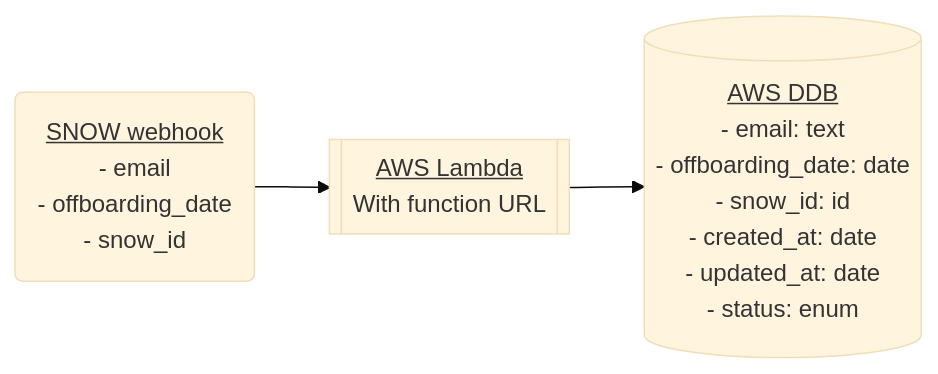
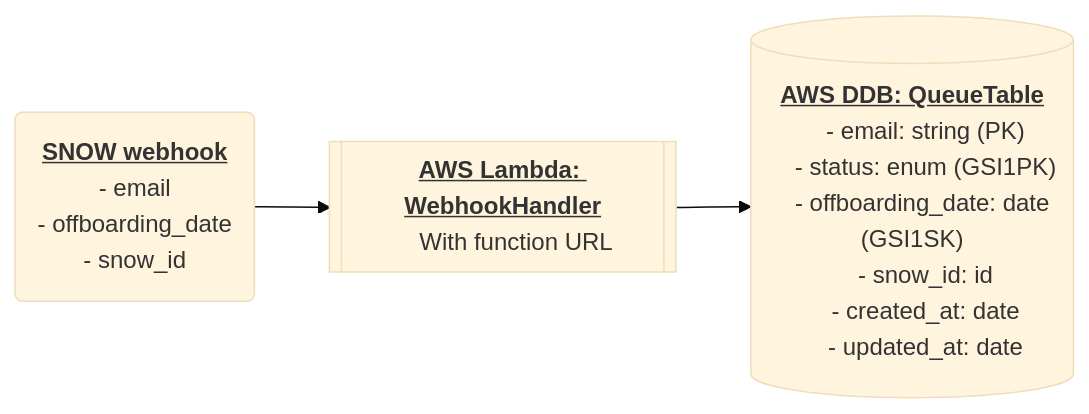
One commit to atenni/offboarding-automation changed the first of 2 diagrams in README.md. Above: the diagram before and after it, drawn with Mermaid (base theme). The commit also changed other lines of this file, not shown here.

Commit message:
docs: update DDB schema info

````diff
--- a/README.md
+++ b/README.md
@@ -85,26 +85,26 @@
 ```mermaid
 flowchart LR;
-  service_now("<u>SNOW webhook</u>
+  service_now("<b><u>SNOW webhook</u></b>
     - email
     - offboarding_date
     - snow_id
   ");
 
   lambda[["
-    <u>AWS Lambda</u>
+    <b><u>AWS Lambda: WebhookHandler</u></b>
     With function URL
   "]]
 
   ddb[("
-    <u>AWS DDB</u>
-    - email: text
-    - offboarding_date: date
+    <b><u>AWS DDB: QueueTable</u></b>
+    - email: string (PK)
+    - status: enum (GSI1PK)
+    - offboarding_date: date (GSI1SK)
     - snow_id: id
     - created_at: date
     - updated_at: date
-    - status: enum
   ")]
 
   service_now --> lambda
   lambda --> ddb
 ```
````
